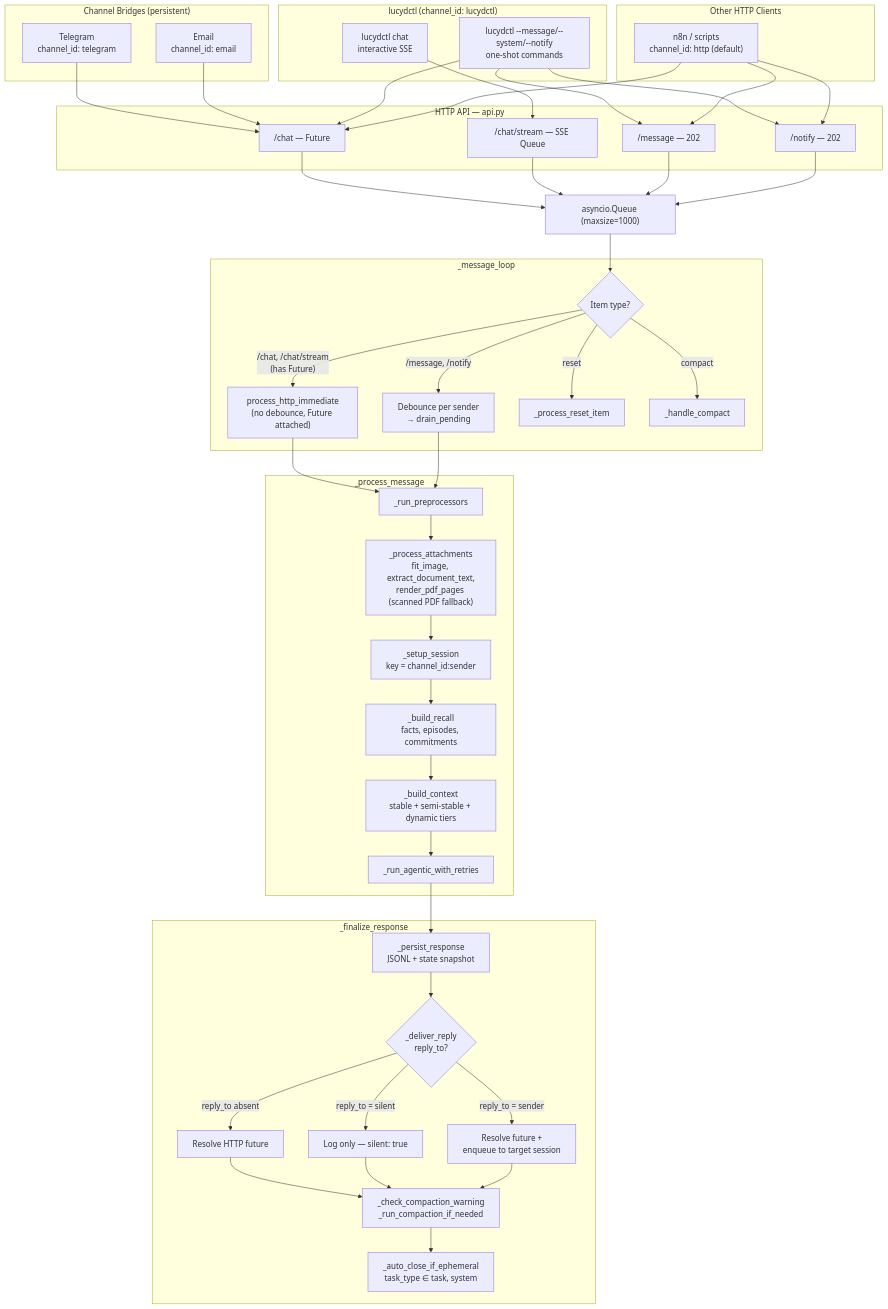
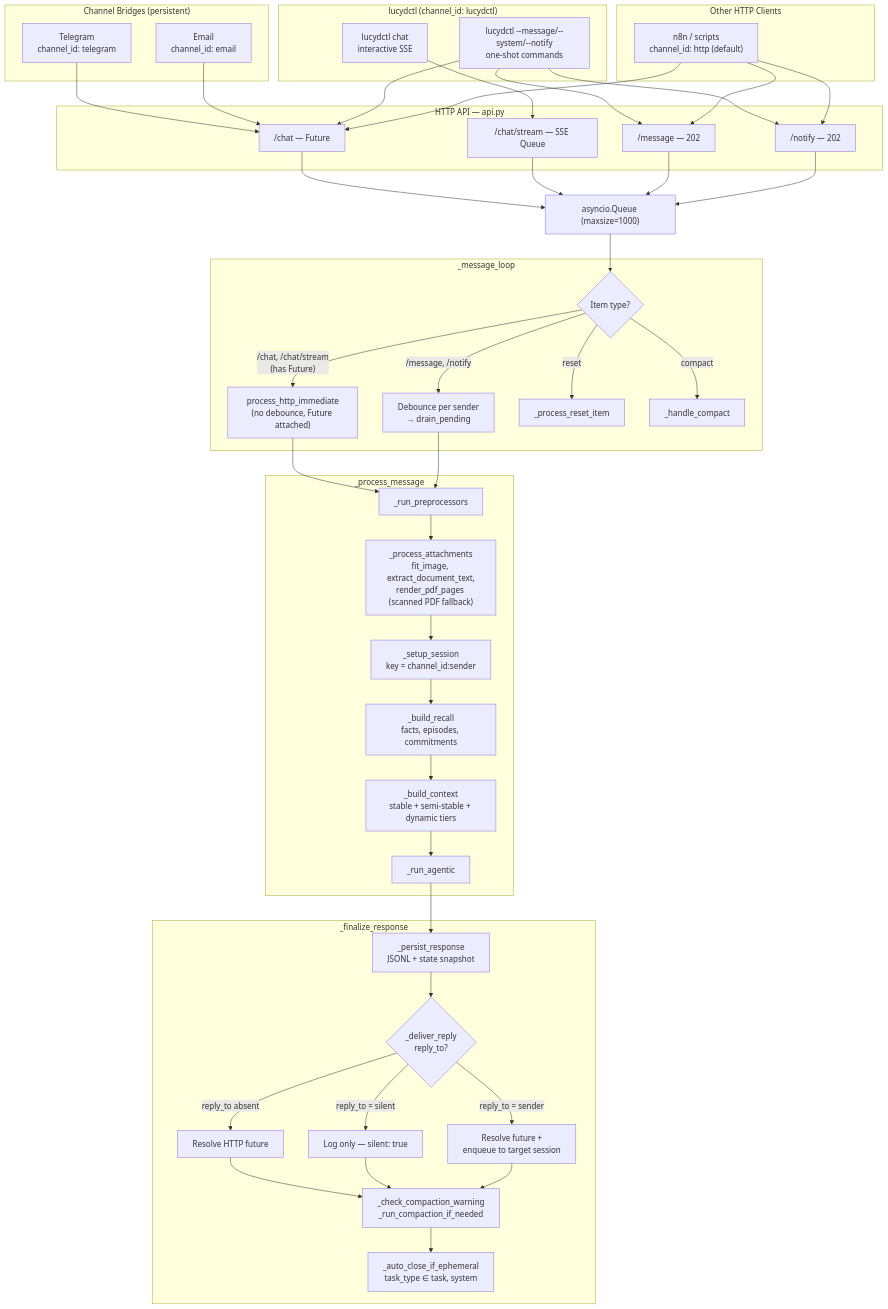
One commit to nicolasforstinger/lucyd changed the first of 10 diagrams in docs/diagrams.md. Above: the diagram before and after it, drawn with Mermaid. The commit also changed other lines of this file and 27 other files, not shown here.

````diff
--- a/docs/diagrams.md
+++ b/docs/diagrams.md
@@ -33,75 +33,75 @@
 ```mermaid
 flowchart TD
     subgraph Bridges["Channel Bridges (persistent)"]
         TG["Telegram<br/>channel_id: telegram"]
         EMAIL["Email<br/>channel_id: email"]
     end
 
     subgraph CLI["lucydctl (channel_id: lucydctl)"]
         CHAT_MODE["lucydctl chat<br/>interactive SSE"]
         CMD["lucydctl --message/--system/--notify<br/>one-shot commands"]
     end
 
     subgraph Other["Other HTTP Clients"]
         N8N["n8n / scripts<br/>channel_id: http (default)"]
     end
 
     subgraph API["HTTP API — api.py"]
         CHAT["/chat — Future"]
         STREAM["/chat/stream — SSE Queue"]
         MSG["/message — 202"]
         NOTIFY["/notify — 202"]
     end
 
     Q["asyncio.Queue (maxsize=1000)"]
 
     subgraph Loop["_message_loop"]
         TYPE{"Item type?"}
         IMMEDIATE["process_http_immediate<br/>(no debounce, Future attached)"]
         DEB["Debounce per sender<br/>→ drain_pending"]
         RESET["_process_reset_item"]
         COMPACT["_handle_compact"]
     end
 
     subgraph Process["_process_message"]
         PREPROC["_run_preprocessors"]
         ATTACH["_process_attachments<br/>fit_image, extract_document_text,<br/>render_pdf_pages (scanned PDF fallback)"]
         SETUP["_setup_session<br/>key = channel_id:sender"]
         RECALL["_build_recall<br/>facts, episodes, commitments"]
         BUILD["_build_context<br/>stable + semi-stable + dynamic tiers"]
-        RUN["_run_agentic_with_retries"]
+        RUN["_run_agentic"]
     end
 
     subgraph Finalize["_finalize_response"]
         PERSIST["_persist_response<br/>JSONL + state snapshot"]
         DELIVER{"_deliver_reply<br/>reply_to?"}
         DEFAULT["Resolve HTTP future"]
         SILENT["Log only — silent: true"]
         REDIRECT["Resolve future +<br/>enqueue to target session"]
         COMPACT_CHECK["_check_compaction_warning<br/>_run_compaction_if_needed"]
         AUTOCLOSE["_auto_close_if_ephemeral<br/>task_type ∈ task, system"]
     end
 
     TG --> CHAT
     EMAIL --> CHAT
     CHAT_MODE --> STREAM
     CMD --> CHAT & MSG & NOTIFY
     N8N --> CHAT & MSG & NOTIFY
 
     CHAT & STREAM --> Q
     MSG & NOTIFY --> Q
     Q --> TYPE
     TYPE -->|"/chat, /chat/stream<br/>(has Future)"| IMMEDIATE
     TYPE -->|"/message, /notify"| DEB
     TYPE -->|reset| RESET
     TYPE -->|compact| COMPACT
 
     IMMEDIATE --> PREPROC
     DEB --> PREPROC
     PREPROC --> ATTACH --> SETUP --> RECALL --> BUILD --> RUN
     RUN --> PERSIST --> DELIVER
     DELIVER -->|"reply_to absent"| DEFAULT --> COMPACT_CHECK
     DELIVER -->|"reply_to = silent"| SILENT --> COMPACT_CHECK
     DELIVER -->|"reply_to = sender"| REDIRECT --> COMPACT_CHECK
     COMPACT_CHECK --> AUTOCLOSE
 ```
````
